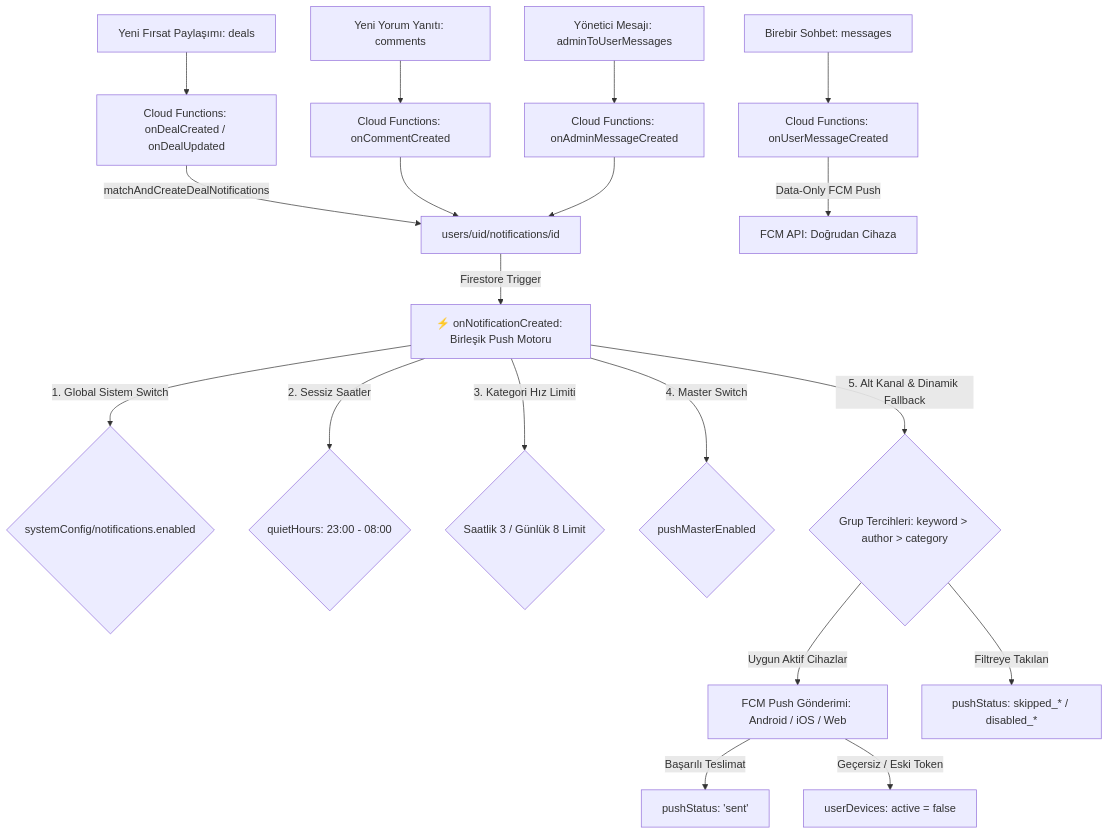
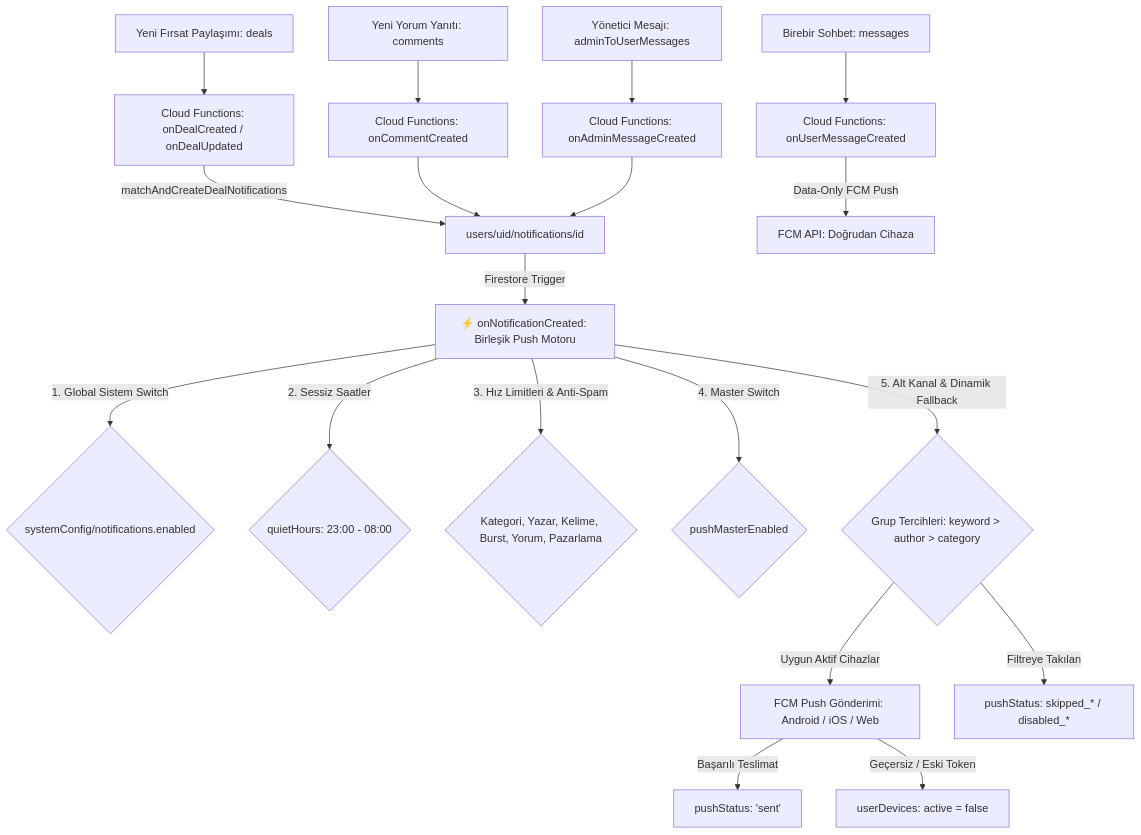
One commit to gky61/s-cak-f-rsatlar changed the diagram in documentation/bildirimler/bildirim_sistemi_rehberi.md. Above: the diagram before and after it, drawn with Mermaid. The commit also changed other lines of this file and 48 other files, not shown here.

````diff
--- a/documentation/bildirimler/bildirim_sistemi_rehberi.md
+++ b/documentation/bildirimler/bildirim_sistemi_rehberi.md
@@ -37,29 +37,29 @@
 ```mermaid
 graph TD
     %% Katman 1: Kaynak Olaylar
     A1[Yeni Fırsat Paylaşımı: deals] --> B[Cloud Functions: onDealCreated / onDealUpdated]
     A2[Yeni Yorum Yanıtı: comments] --> B2[Cloud Functions: onCommentCreated]
     A3[Yönetici Mesajı: adminToUserMessages] --> B3[Cloud Functions: onAdminMessageCreated]
     A4[Birebir Sohbet: messages] --> B4[Cloud Functions: onUserMessageCreated]
     
     %% Katman 2: Veritabanı Dokümanı & Eşleşme
     B -->|matchAndCreateDealNotifications| C[users/uid/notifications/id]
     B2 --> C
     B3 --> C
     B4 -->|Data-Only FCM Push| FCMDirect[FCM API: Doğrudan Cihaza]
     
     %% Katman 3: Birleşik Bildirim Motoru
     C -->|Firestore Trigger| Engine[⚡ onNotificationCreated: Birleşik Push Motoru]
     
     Engine -->|1. Global Sistem Switch| F1{systemConfig/notifications.enabled}
     Engine -->|2. Sessiz Saatler| F2{quietHours: 23:00 - 08:00}
-    Engine -->|3. Kategori Hız Limiti| F3{Saatlik 3 / Günlük 8 Limit}
+    Engine -->|3. Hız Limitleri & Anti-Spam| F3{Kategori, Yazar, Kelime, Burst, Yorum, Pazarlama}
     Engine -->|4. Master Switch| F4{pushMasterEnabled}
     Engine -->|5. Alt Kanal & Dinamik Fallback| F5{Grup Tercihleri: keyword > author > category}
     
     F5 -->|Uygun Aktif Cihazlar| Push[FCM Push Gönderimi: Android / iOS / Web]
     F5 -->|Filtreye Takılan| Skip[pushStatus: skipped_* / disabled_*]
     
     Push -->|Başarılı Teslimat| Sent[pushStatus: 'sent']
     Push -->|Geçersiz / Eski Token| Inactive[userDevices: active = false]
 ```
````
